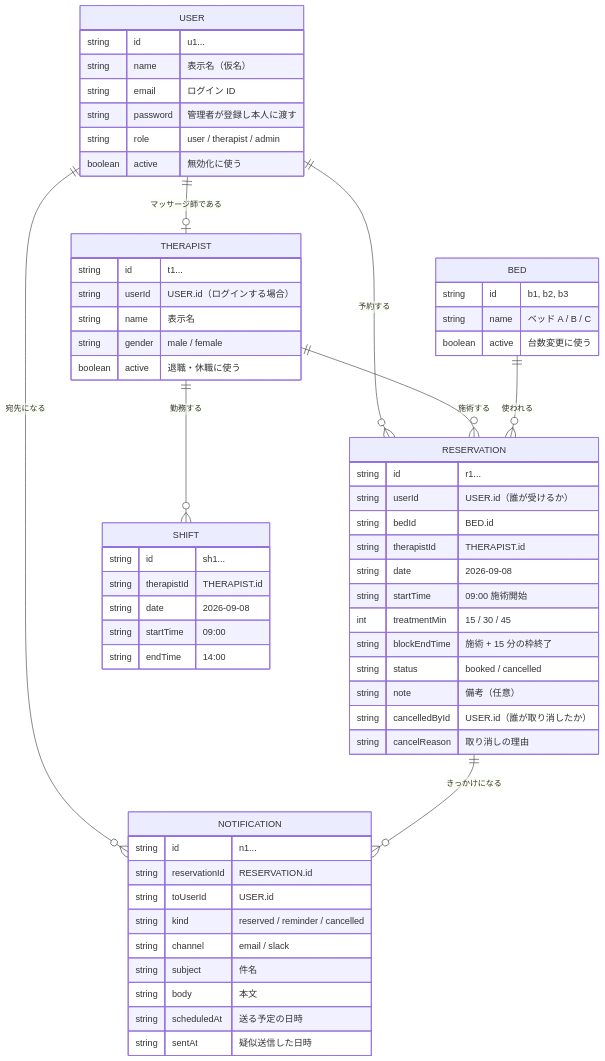
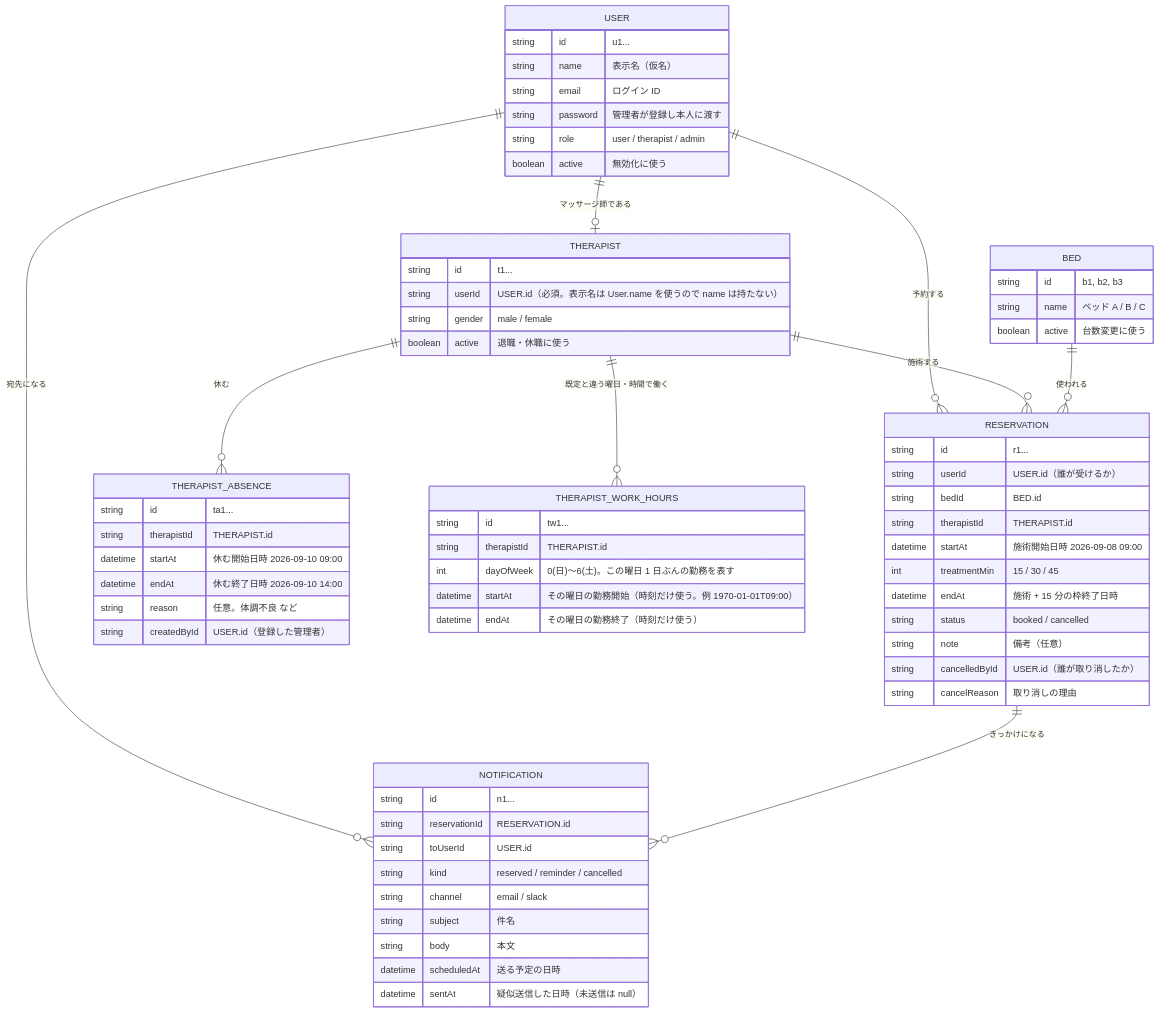
Before and after one commit to e225721B/RefreshHub: the diagram in docs/intern/diagrams/er-v2.mmd, drawn with Mermaid. The commit also changed 6 other files, not shown here.

```diff
--- a/docs/intern/diagrams/er-v2.mmd
+++ b/docs/intern/diagrams/er-v2.mmd
@@ -1,61 +1,68 @@
 erDiagram
   USER ||--o{ RESERVATION : "予約する"
   USER ||--o| THERAPIST : "マッサージ師である"
   USER ||--o{ NOTIFICATION : "宛先になる"
-  THERAPIST ||--o{ SHIFT : "勤務する"
+  THERAPIST ||--o{ THERAPIST_ABSENCE : "休む"
+  THERAPIST ||--o{ THERAPIST_WORK_HOURS : "既定と違う曜日・時間で働く"
   THERAPIST ||--o{ RESERVATION : "施術する"
   BED ||--o{ RESERVATION : "使われる"
   RESERVATION ||--o{ NOTIFICATION : "きっかけになる"
 
   USER {
     string id "u1..."
     string name "表示名（仮名）"
     string email "ログイン ID"
     string password "管理者が登録し本人に渡す"
     string role "user / therapist / admin"
     boolean active "無効化に使う"
   }
   THERAPIST {
     string id "t1..."
-    string userId "USER.id（ログインする場合）"
-    string name "表示名"
+    string userId "USER.id（必須。表示名は User.name を使うので name は持たない）"
     string gender "male / female"
     boolean active "退職・休職に使う"
   }
   BED {
     string id "b1, b2, b3"
     string name "ベッド A / B / C"
     boolean active "台数変更に使う"
   }
-  SHIFT {
-    string id "sh1..."
+  THERAPIST_ABSENCE {
+    string id "ta1..."
     string therapistId "THERAPIST.id"
-    string date "2026-09-08"
-    string startTime "09:00"
-    string endTime "14:00"
+    datetime startAt "休む開始日時 2026-09-10 09:00"
+    datetime endAt "休む終了日時 2026-09-10 14:00"
+    string reason "任意。体調不良 など"
+    string createdById "USER.id（登録した管理者）"
+  }
+  THERAPIST_WORK_HOURS {
+    string id "tw1..."
+    string therapistId "THERAPIST.id"
+    int dayOfWeek "0(日)〜6(土)。この曜日 1 日ぶんの勤務を表す"
+    datetime startAt "その曜日の勤務開始（時刻だけ使う。例 1970-01-01T09:00）"
+    datetime endAt "その曜日の勤務終了（時刻だけ使う）"
   }
   RESERVATION {
     string id "r1..."
     string userId "USER.id（誰が受けるか）"
     string bedId "BED.id"
     string therapistId "THERAPIST.id"
-    string date "2026-09-08"
-    string startTime "09:00 施術開始"
+    datetime startAt "施術開始日時 2026-09-08 09:00"
     int treatmentMin "15 / 30 / 45"
-    string blockEndTime "施術 + 15 分の枠終了"
+    datetime endAt "施術 + 15 分の枠終了日時"
     string status "booked / cancelled"
     string note "備考（任意）"
     string cancelledById "USER.id（誰が取り消したか）"
     string cancelReason "取り消しの理由"
   }
   NOTIFICATION {
     string id "n1..."
     string reservationId "RESERVATION.id"
     string toUserId "USER.id"
     string kind "reserved / reminder / cancelled"
     string channel "email / slack"
     string subject "件名"
     string body "本文"
-    string scheduledAt "送る予定の日時"
-    string sentAt "疑似送信した日時"
+    datetime scheduledAt "送る予定の日時"
+    datetime sentAt "疑似送信した日時（未送信は null）"
   }
```
